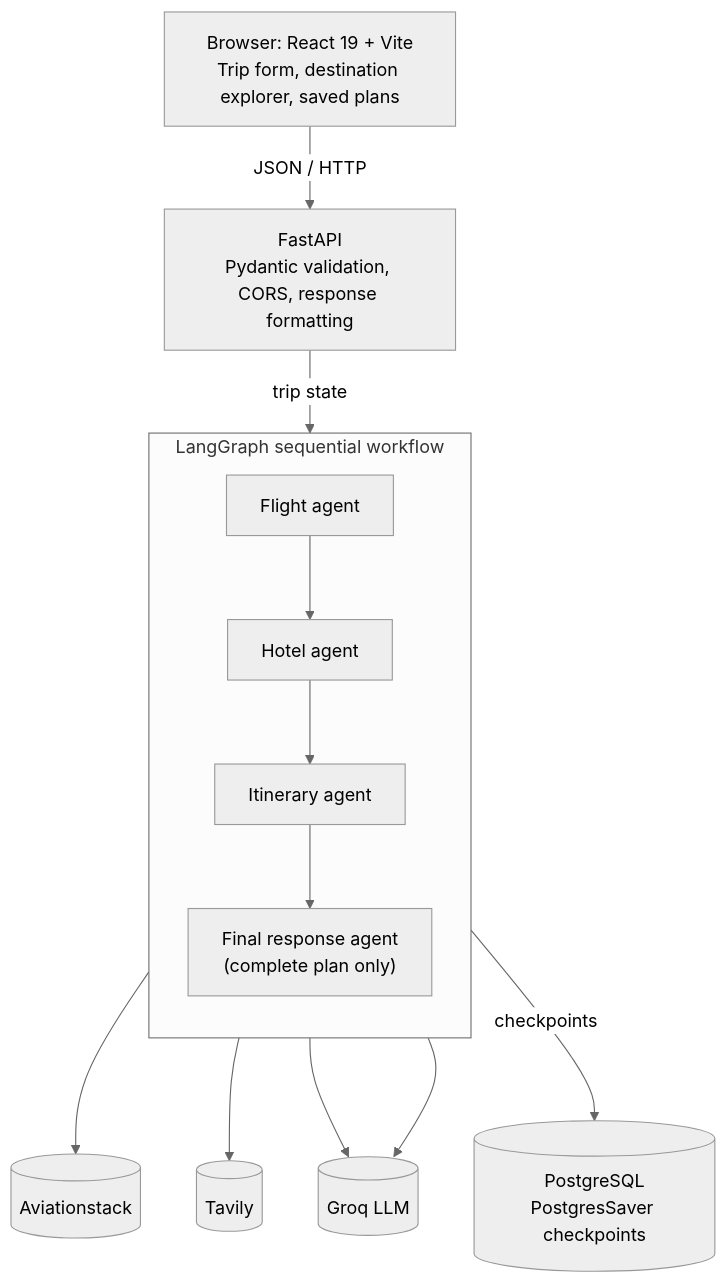
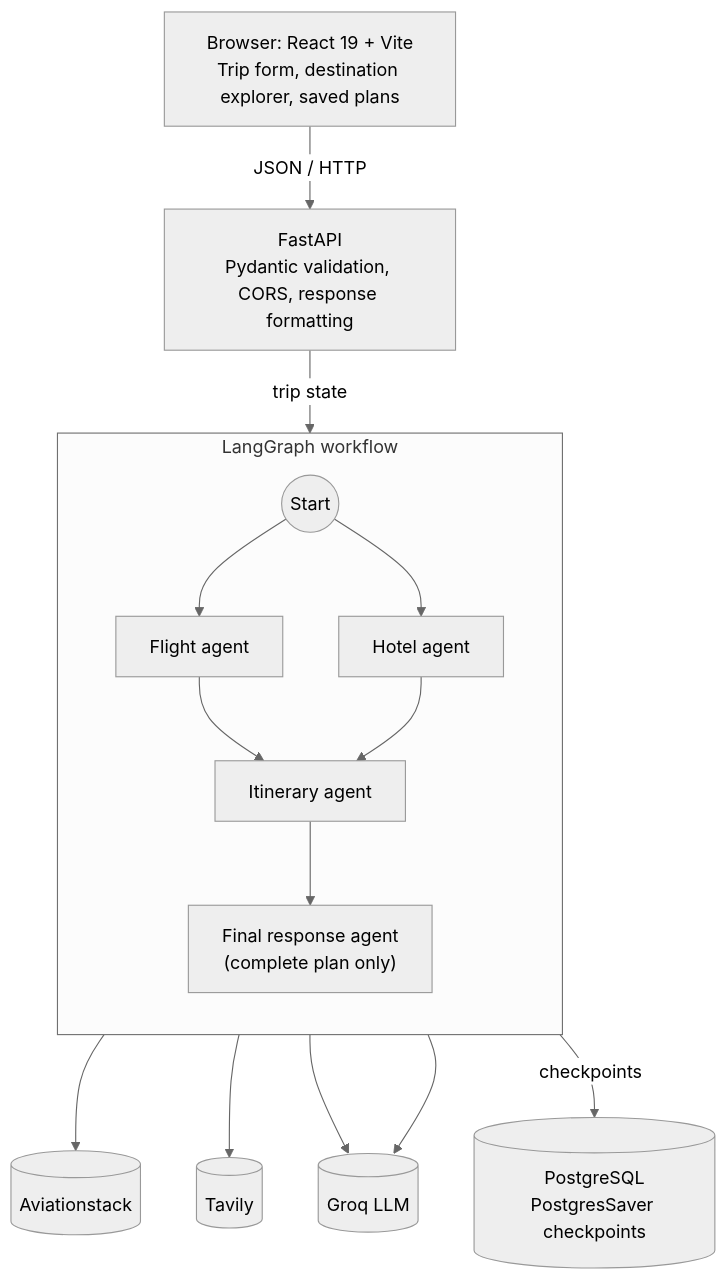
One commit to Samiksha3012/Elsewhere-Multi-Agent-AI-Travel-Planner changed the diagram in README.md. Above: the diagram before and after it, drawn with Mermaid (neutral theme). The commit also changed other lines of this file and 5 other files, not shown here.

````diff
--- a/README.md
+++ b/README.md
@@ -94,25 +97,29 @@
 ```mermaid
 flowchart TD
     A["Browser: React 19 + Vite<br/>Trip form, destination explorer, saved plans"]
     B["FastAPI<br/>Pydantic validation, CORS, response formatting"]
-    subgraph G["LangGraph sequential workflow"]
+    subgraph G["LangGraph workflow"]
         direction TB
+        S(("Start"))
         F["Flight agent"]
         H["Hotel agent"]
         I["Itinerary agent"]
         R["Final response agent<br/>(complete plan only)"]
-        F --> H --> I --> R
+        S --> F
+        S --> H
+        F & H --> I
+        I --> R
     end
     AV[("Aviationstack")]
     TV[("Tavily")]
     GQ[("Groq LLM")]
     PG[("PostgreSQL<br/>PostgresSaver checkpoints")]
 
     A -- "JSON / HTTP" --> B
     B -- "trip state" --> G
     F --> AV
     H --> TV
     I --> GQ
     R --> GQ
     G -- "checkpoints" --> PG
 ```
````
